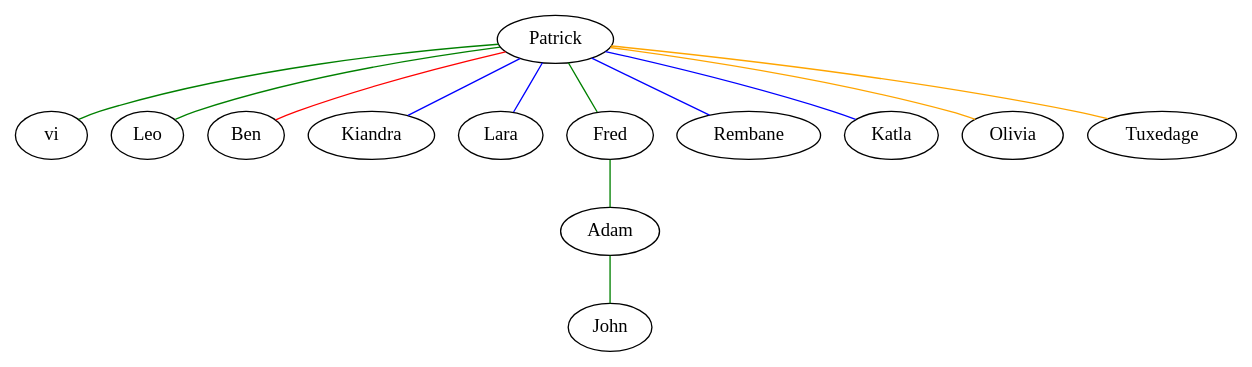
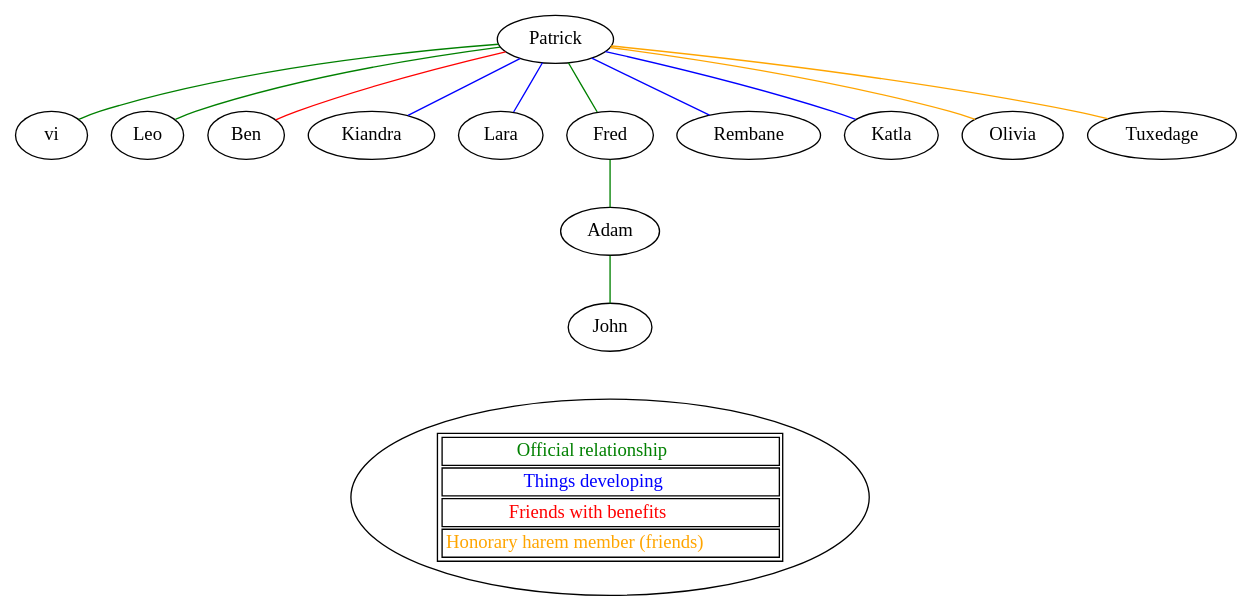
Before and after one commit to Cradam/polygraph: the diagram in harem.dot, drawn with Graphviz.

Commit message:
Shitty legend

```diff
--- a/harem.dot
+++ b/harem.dot
@@ -1,26 +1,36 @@
 graph harem {
   patrick [label="Patrick"]
   vi [label="vi"]
   patrick -- vi [color=green]
   leo [label="Leo"]
   patrick -- leo [color=green]
   ben [label="Ben"]
   patrick -- ben [color=red]
   kiandra [label="Kiandra"]
   patrick -- kiandra [color=blue]
   lara [label="Lara"]
   patrick -- lara [color=blue]
   fred [label="Fred"]
   patrick -- fred [color=green]
   adam [label="Adam"]
   john [label="John"]
   fred -- adam -- john [color=green]
   rembane [label="Rembane"]
   patrick -- rembane [color=blue]
   katla [label="Katla"]
   patrick -- katla [color=blue]
   olivia [label="Olivia"]
   patrick -- olivia [color=orange]
   tuxedage [label="Tuxedage"]
   patrick -- tuxedage [color=orange]
+  { rank = sink;
+    Legend [label=<
+      <table>
+        <tr><td><font color="green">Official relationship</font></td></tr>
+        <tr><td><font color="blue">Things developing</font></td></tr>
+        <tr><td><font color="red">Friends with benefits</font></td></tr>
+        <tr><td><font color="orange">Honorary harem member (friends)</font></td></tr>
+      </table>
+    >];
+  }
 }
```
